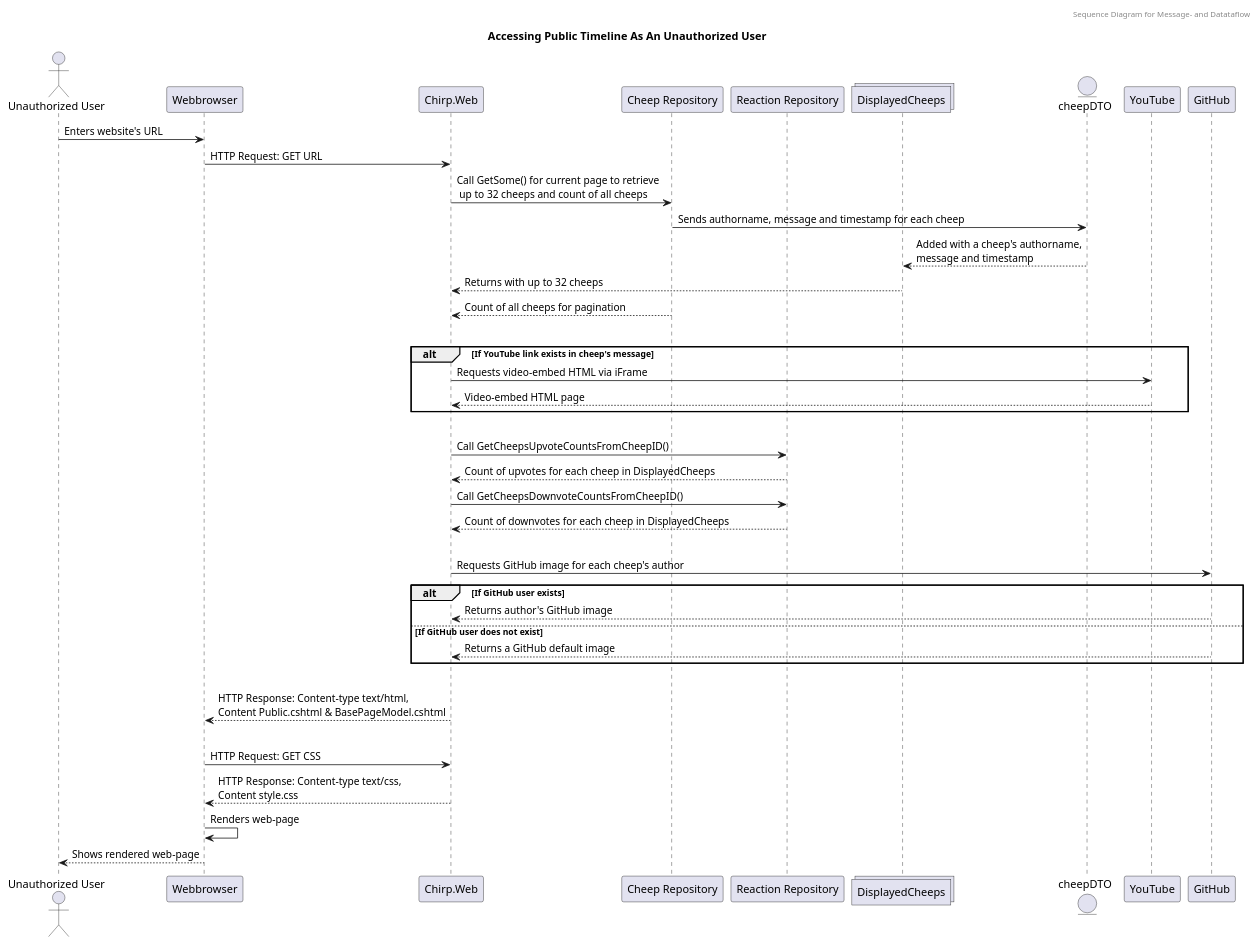
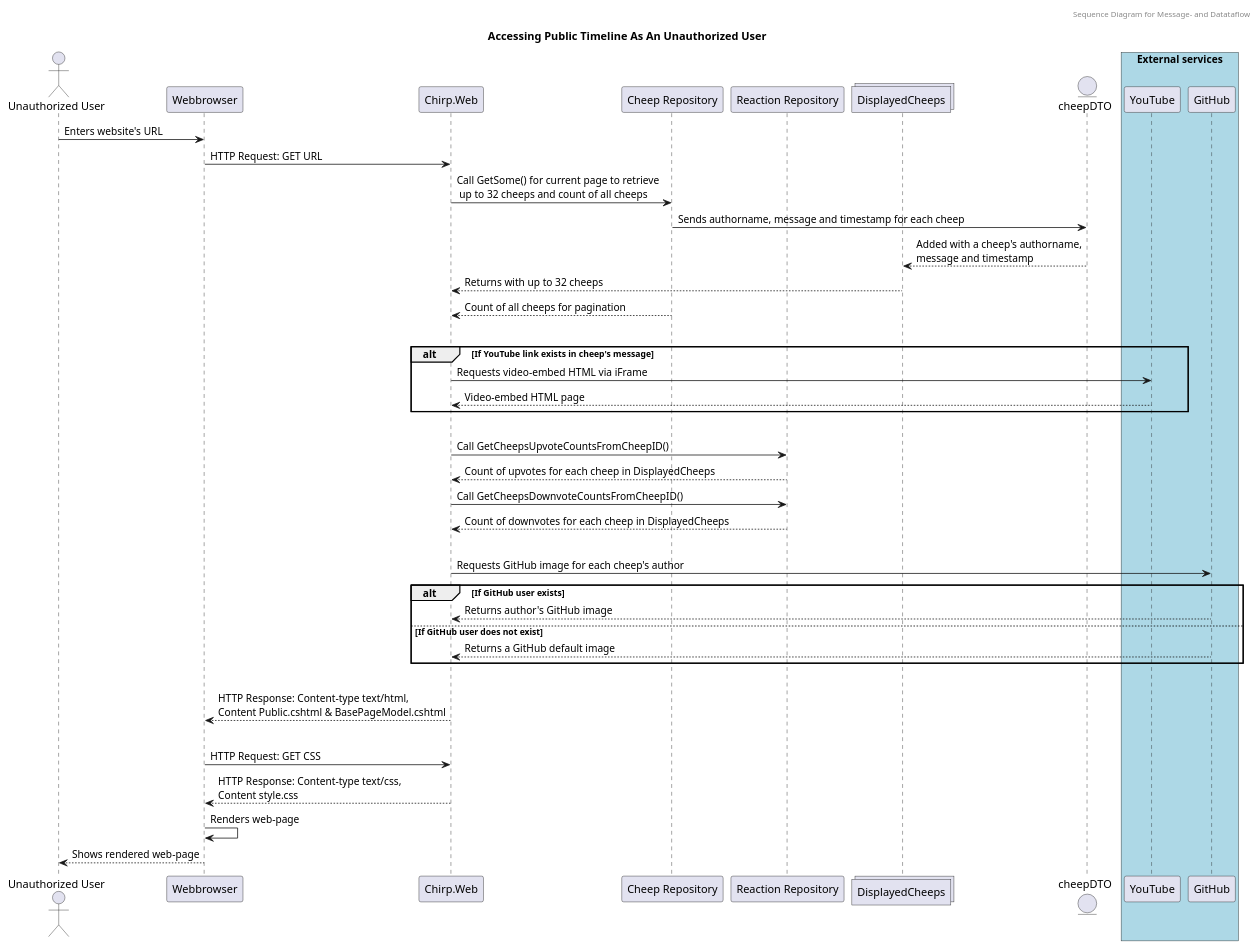
The diagram in docs/report_diagrams/UML_sequence_diagrams/msg_data_flow_UML_seq.puml (ITU-BDSA23-GROUP10/Chirp), drawn with PlantUML before and after one commit.

Commit message:
Adds YouTube and GitHub to a box, showing they're external services

```diff
--- a/docs/report_diagrams/UML_sequence_diagrams/msg_data_flow_UML_seq.puml
+++ b/docs/report_diagrams/UML_sequence_diagrams/msg_data_flow_UML_seq.puml
@@ -1,50 +1,54 @@
 @startuml
 header Sequence Diagram for Message- and Datataflow
 Title Accessing Public Timeline As An Unauthorized User
 
 
 actor "Unauthorized User" as UnauthorizedUser
 participant "Webbrowser" as Browser
 participant "Chirp.Web" as ChirpWeb
 participant "Cheep Repository" as CheepRepo
 participant "Reaction Repository" as ReactionRepo
 collections DisplayedCheeps as CheepsList
 entity cheepDTO as CheepDTO
+box "External services" #LightBlue
+    participant YouTube as YouTube
+    participant GitHub as GitHub
+end box
 
 
 UnauthorizedUser -> Browser: Enters website's URL
 Browser -> ChirpWeb: HTTP Request: GET URL
 
 ChirpWeb -> CheepRepo: Call GetSome() for current page to retrieve\n up to 32 cheeps and count of all cheeps
 CheepRepo -> CheepDTO: Sends authorname, message and timestamp for each cheep
 CheepDTO --> CheepsList: Added with a cheep's authorname,\nmessage and timestamp
 CheepsList --> ChirpWeb: Returns with up to 32 cheeps
 CheepRepo --> ChirpWeb: Count of all cheeps for pagination
 |||
 alt If YouTube link exists in cheep's message
     ChirpWeb -> YouTube: Requests video-embed HTML via iFrame
     Return Video-embed HTML page
 end
 |||
 ChirpWeb -> ReactionRepo: Call GetCheepsUpvoteCountsFromCheepID()
 Return Count of upvotes for each cheep in DisplayedCheeps
 ChirpWeb -> ReactionRepo: Call GetCheepsDownvoteCountsFromCheepID()
 Return Count of downvotes for each cheep in DisplayedCheeps
 |||
 
 ChirpWeb -> GitHub: Requests GitHub image for each cheep's author
 alt If GitHub user exists
     GitHub --> ChirpWeb: Returns author's GitHub image
 else If GitHub user does not exist
     GitHub --> ChirpWeb: Returns a GitHub default image
 end
 |||
 
 ChirpWeb --> Browser: HTTP Response: Content-type text/html,\nContent Public.cshtml & BasePageModel.cshtml
 |||
 
 Browser -> ChirpWeb: HTTP Request: GET CSS
 ChirpWeb --> Browser: HTTP Response: Content-type text/css,\nContent style.css
 Browser -> Browser: Renders web-page
 Browser --> UnauthorizedUser: Shows rendered web-page
 @enduml
```
